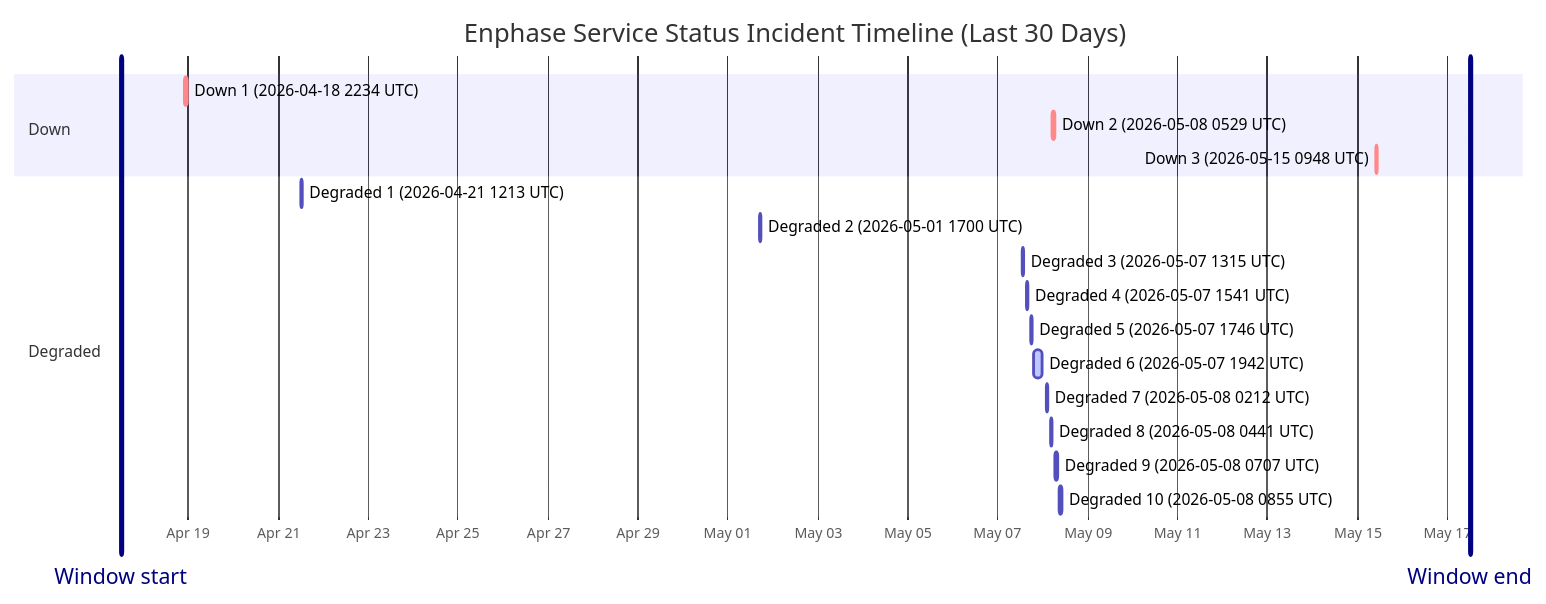
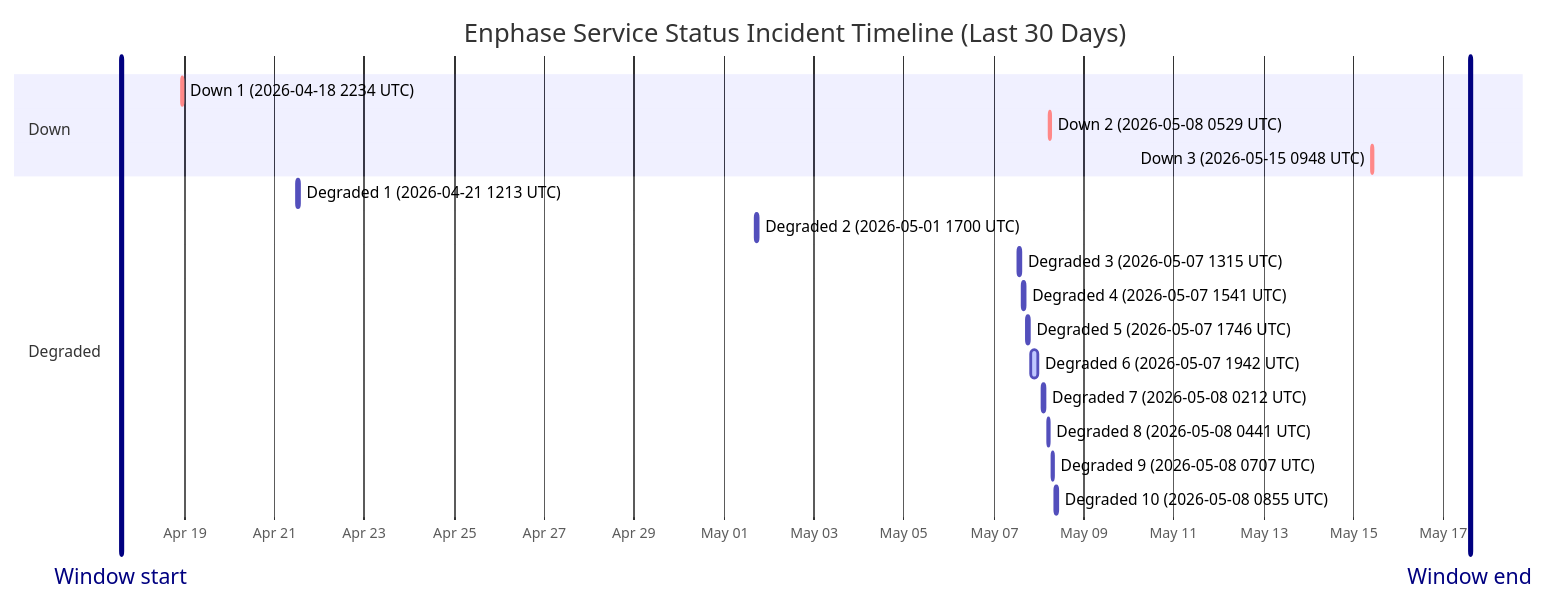
One commit to barneyonline/ha-enphase-ev-charger changed the diagram in wiki/Service-Status-History.md. Above: the diagram before and after it, drawn with Mermaid. The commit also changed other lines of this file and 3 other files, not shown here.

````diff
--- a/wiki/Service-Status-History.md
+++ b/wiki/Service-Status-History.md
@@ -14,23 +14,23 @@
 ```mermaid
 gantt
     title Enphase Service Status Incident Timeline (Last 30 Days)
     dateFormat  YYYY-MM-DDTHH:mm:ss
     axisFormat  %b %d
-    Window start :vert, window-start, 2026-04-17T12:10:36, 0ms
-    Window end :vert, window-end, 2026-05-17T12:10:36, 0ms
+    Window start :vert, window-start, 2026-04-17T14:03:36, 0ms
+    Window end :vert, window-end, 2026-05-17T14:03:36, 0ms
     section Down
     Down 1 (2026-04-18 2234 UTC) :crit, down-1, 2026-04-18T22:34:13, 60m
     Down 2 (2026-05-08 0529 UTC) :crit, down-2, 2026-05-08T05:29:47, 60m
     Down 3 (2026-05-15 0948 UTC) :crit, down-3, 2026-05-15T09:48:18, 60m
     section Degraded
     Degraded 1 (2026-04-21 1213 UTC) :active, degraded-1, 2026-04-21T12:13:11, 60m
     Degraded 2 (2026-05-01 1700 UTC) :active, degraded-2, 2026-05-01T17:00:22, 60m
     Degraded 3 (2026-05-07 1315 UTC) :active, degraded-3, 2026-05-07T13:15:25, 60m
     Degraded 4 (2026-05-07 1541 UTC) :active, degraded-4, 2026-05-07T15:41:58, 60m
     Degraded 5 (2026-05-07 1746 UTC) :active, degraded-5, 2026-05-07T17:46:51, 60m
     Degraded 6 (2026-05-07 1942 UTC) :active, degraded-6, 2026-05-07T19:42:10, 249m
     Degraded 7 (2026-05-08 0212 UTC) :active, degraded-7, 2026-05-08T02:12:39, 60m
     Degraded 8 (2026-05-08 0441 UTC) :active, degraded-8, 2026-05-08T04:41:46, 60m
     Degraded 9 (2026-05-08 0707 UTC) :active, degraded-9, 2026-05-08T07:07:30, 60m
     Degraded 10 (2026-05-08 0855 UTC) :active, degraded-10, 2026-05-08T08:55:20, 88m
 ```
````
